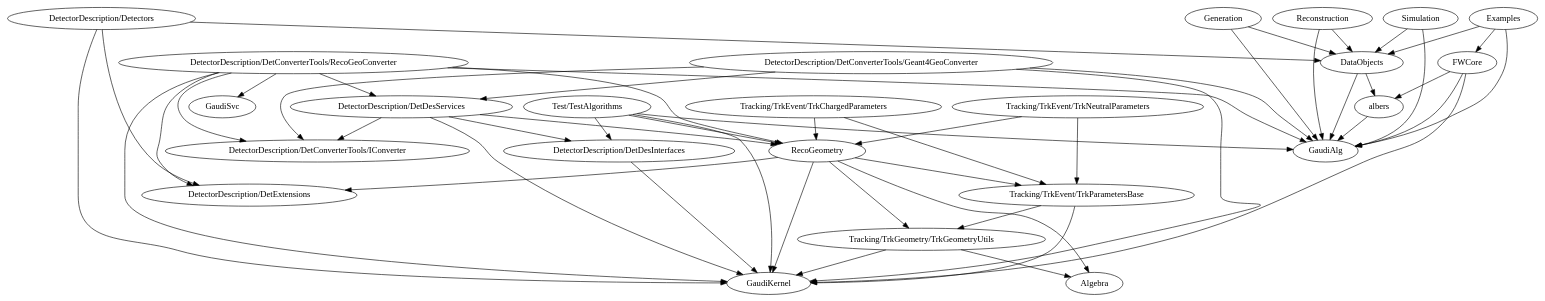
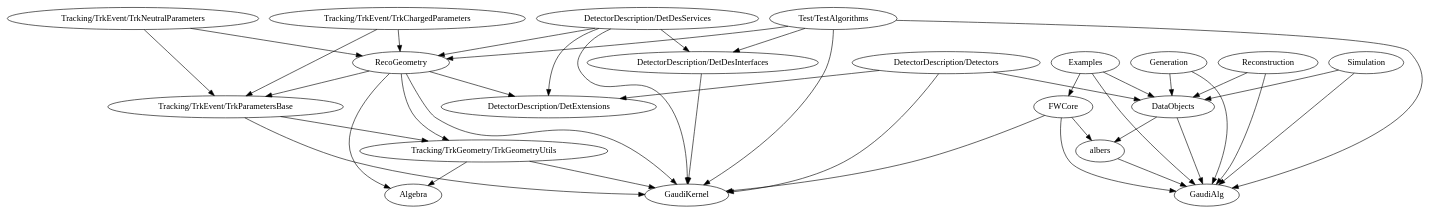
Before and after one commit to HEP-FCC/FCCSW: the diagram in build.x86_64-slc6-gcc48-dbg/subdirs_deps.dot, drawn with Graphviz. The commit also changed 860 other files, not shown here.

```diff
--- a/build.x86_64-slc6-gcc48-dbg/subdirs_deps.dot
+++ b/build.x86_64-slc6-gcc48-dbg/subdirs_deps.dot
@@ -1,53 +1,42 @@
 digraph subdirs_deps {
 "albers" -> "GaudiAlg";
 "DataObjects" -> "GaudiAlg";
 "DataObjects" -> "albers";
-"DetectorDescription/DetDesInterfaces" -> "GaudiKernel";
 "Tracking/TrkGeometry/TrkGeometryUtils" -> "GaudiKernel";
 "Tracking/TrkGeometry/TrkGeometryUtils" -> "Algebra";
 "Tracking/TrkEvent/TrkParametersBase" -> "GaudiKernel";
 "Tracking/TrkEvent/TrkParametersBase" -> "Tracking/TrkGeometry/TrkGeometryUtils";
 "RecoGeometry" -> "Algebra";
 "RecoGeometry" -> "Tracking/TrkEvent/TrkParametersBase";
 "RecoGeometry" -> "Tracking/TrkGeometry/TrkGeometryUtils";
 "RecoGeometry" -> "DetectorDescription/DetExtensions";
 "RecoGeometry" -> "GaudiKernel";
+"DetectorDescription/DetDesInterfaces" -> "GaudiKernel";
 "DetectorDescription/DetDesServices" -> "GaudiKernel";
+"DetectorDescription/DetDesServices" -> "RecoGeometry";
 "DetectorDescription/DetDesServices" -> "DetectorDescription/DetDesInterfaces";
-"DetectorDescription/DetDesServices" -> "DetectorDescription/DetConverterTools/IConverter";
-"DetectorDescription/DetDesServices" -> "RecoGeometry";
+"DetectorDescription/DetDesServices" -> "DetectorDescription/DetExtensions";
 "DetectorDescription/Detectors" -> "GaudiKernel";
 "DetectorDescription/Detectors" -> "DataObjects";
 "DetectorDescription/Detectors" -> "DetectorDescription/DetExtensions";
-"DetectorDescription/DetConverterTools/Geant4GeoConverter" -> "GaudiAlg";
-"DetectorDescription/DetConverterTools/Geant4GeoConverter" -> "GaudiKernel";
-"DetectorDescription/DetConverterTools/Geant4GeoConverter" -> "DetectorDescription/DetConverterTools/IConverter";
-"DetectorDescription/DetConverterTools/Geant4GeoConverter" -> "DetectorDescription/DetDesServices";
-"DetectorDescription/DetConverterTools/RecoGeoConverter" -> "GaudiAlg";
-"DetectorDescription/DetConverterTools/RecoGeoConverter" -> "GaudiKernel";
-"DetectorDescription/DetConverterTools/RecoGeoConverter" -> "GaudiSvc";
-"DetectorDescription/DetConverterTools/RecoGeoConverter" -> "DetectorDescription/DetConverterTools/IConverter";
-"DetectorDescription/DetConverterTools/RecoGeoConverter" -> "DetectorDescription/DetDesServices";
-"DetectorDescription/DetConverterTools/RecoGeoConverter" -> "RecoGeometry";
-"DetectorDescription/DetConverterTools/RecoGeoConverter" -> "DetectorDescription/DetExtensions";
 "FWCore" -> "GaudiAlg";
 "FWCore" -> "GaudiKernel";
 "FWCore" -> "albers";
 "Examples" -> "GaudiAlg";
 "Examples" -> "DataObjects";
 "Examples" -> "FWCore";
 "Generation" -> "GaudiAlg";
 "Generation" -> "DataObjects";
 "Reconstruction" -> "GaudiAlg";
 "Reconstruction" -> "DataObjects";
 "Simulation" -> "GaudiAlg";
 "Simulation" -> "DataObjects";
 "Test/TestAlgorithms" -> "GaudiAlg";
 "Test/TestAlgorithms" -> "GaudiKernel";
 "Test/TestAlgorithms" -> "DetectorDescription/DetDesInterfaces";
 "Test/TestAlgorithms" -> "RecoGeometry";
 "Tracking/TrkEvent/TrkChargedParameters" -> "Tracking/TrkEvent/TrkParametersBase";
 "Tracking/TrkEvent/TrkChargedParameters" -> "RecoGeometry";
 "Tracking/TrkEvent/TrkNeutralParameters" -> "Tracking/TrkEvent/TrkParametersBase";
 "Tracking/TrkEvent/TrkNeutralParameters" -> "RecoGeometry";
 }
```
